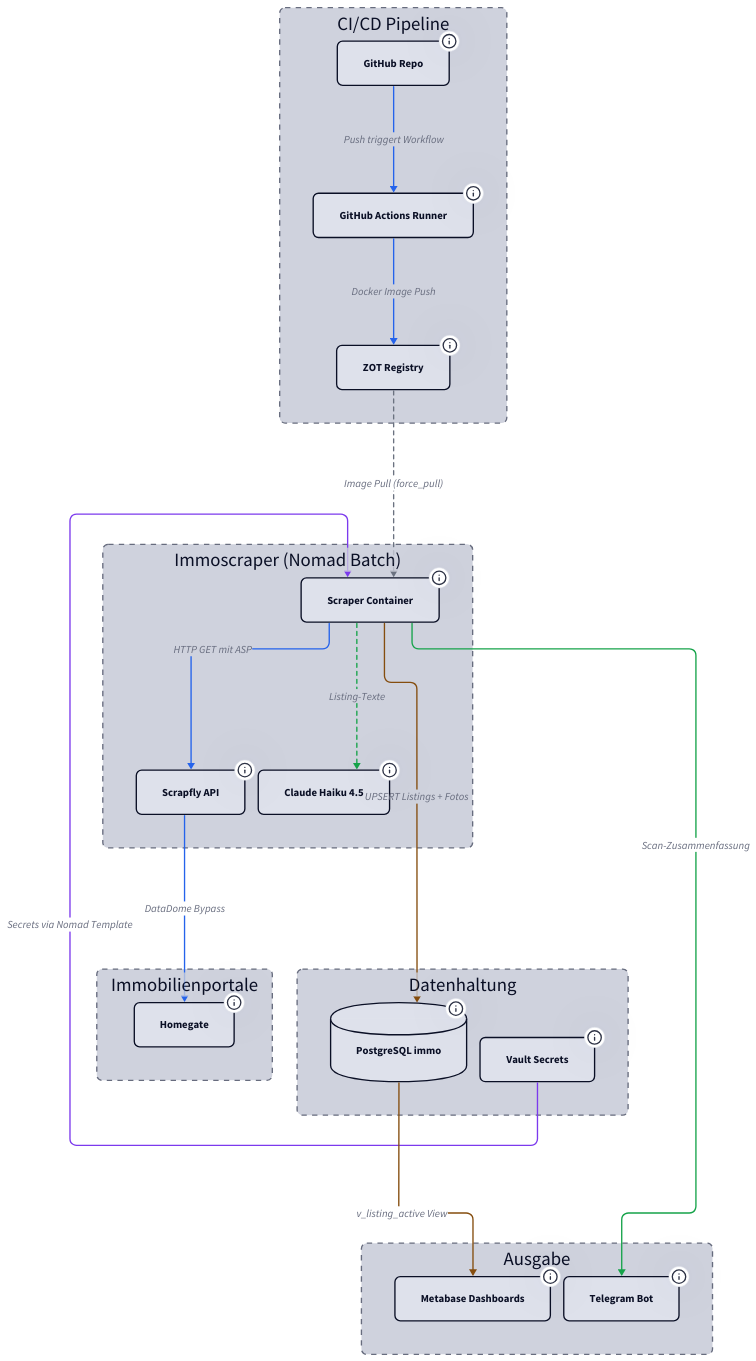
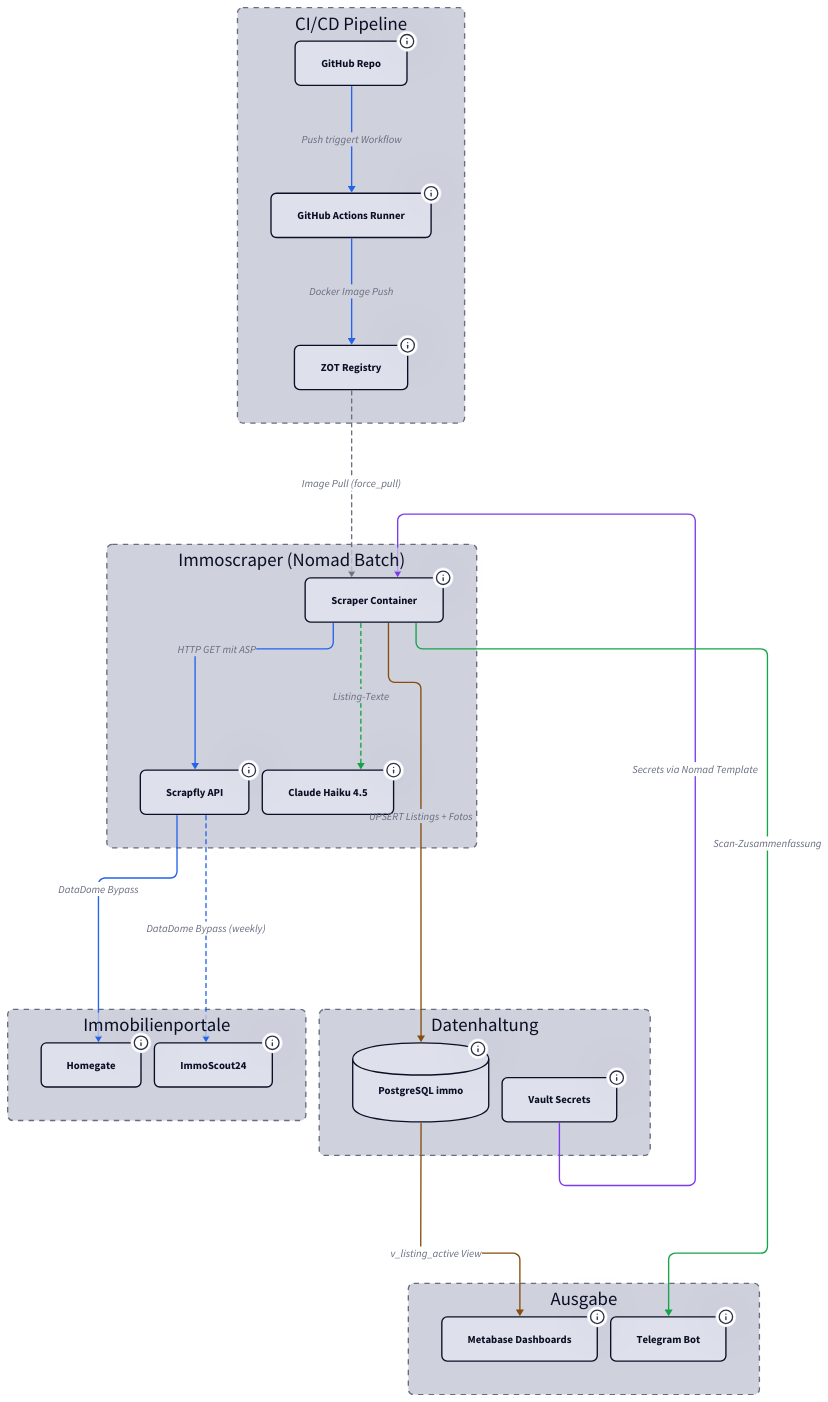
Before and after one commit to derever-labs/homelab-wiki: the first of 3 diagrams in docs/immobilien-monitoring/index.md, drawn with D2. The commit also changed other lines of this file, not shown here.

Commit message:
docs(immobilien-monitoring): IS24 Nebenscan und SMG-Plattformstrategie

```diff
--- a/docs/immobilien-monitoring/index.md
+++ b/docs/immobilien-monitoring/index.md
@@ -87,6 +87,10 @@
     class: node
     tooltip: "SMG | 70-75% Marktanteil | DataDome + Cloudflare"
   }
+  IS24: ImmoScout24 {
+    class: node
+    tooltip: "SMG | Woechentlicher Nebenscan | 96% Ueberlappung mit HG"
+  }
 }
 
 daten: Datenhaltung {
@@ -136,6 +140,10 @@
 scraper.SF -> portale.HG: DataDome Bypass {
   style.stroke: "#2563eb"
 }
+scraper.SF -> portale.IS24: DataDome Bypass (weekly) {
+  style.stroke: "#2563eb"
+  style.stroke-dash: 3
+}
 scraper.Job -> scraper.AI: Listing-Texte {
   style.stroke: "#16a34a"
   style.stroke-dash: 3
```
